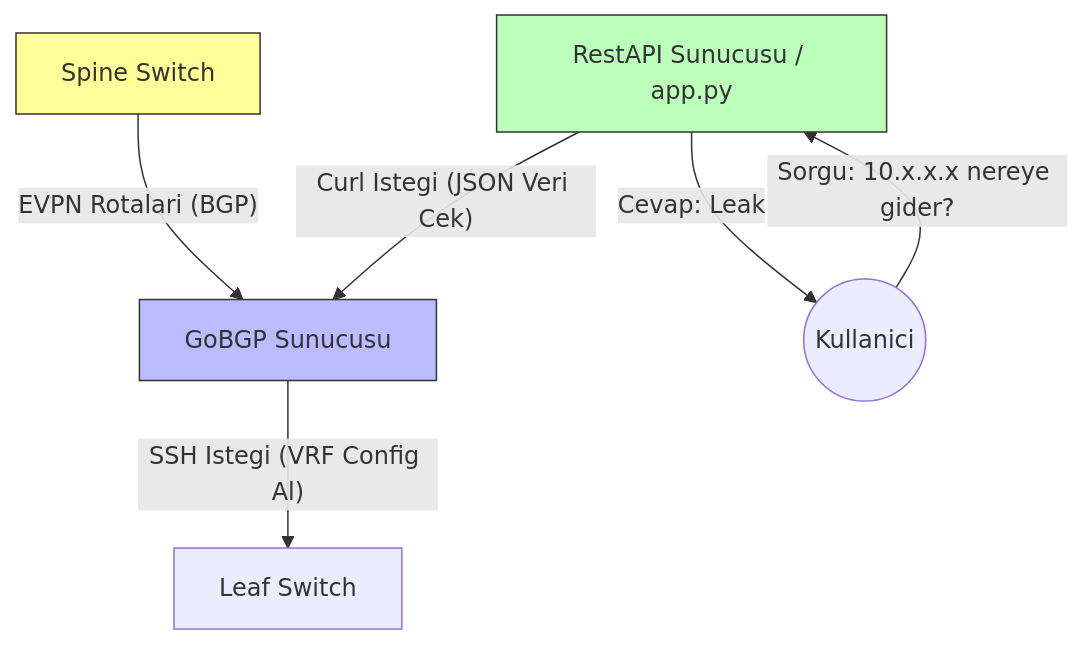
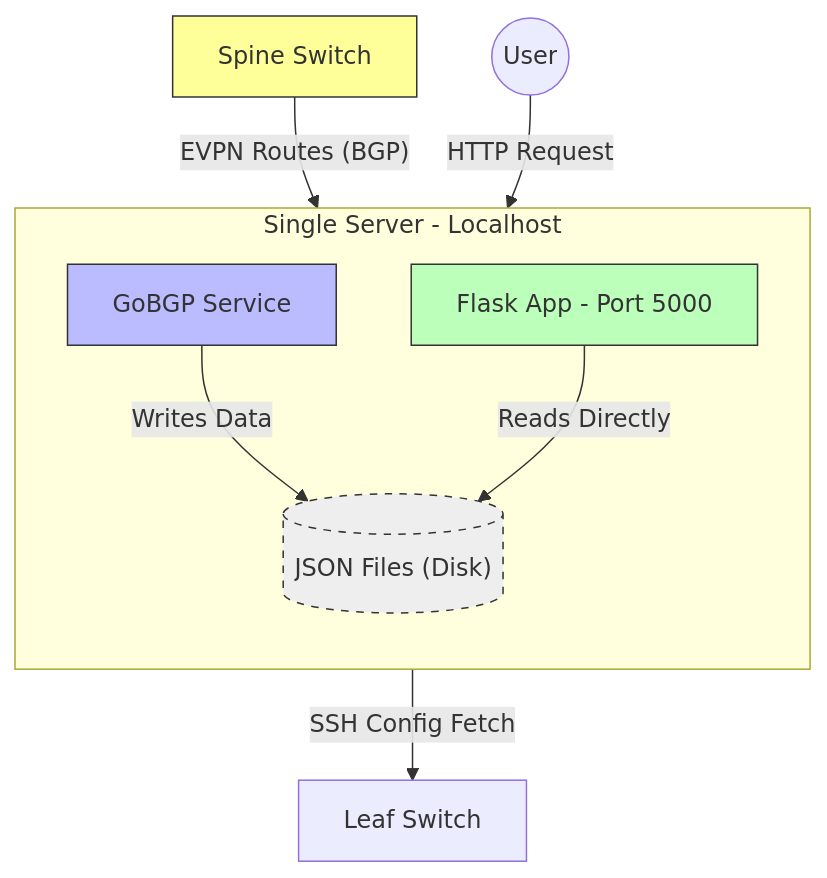
Before and after one commit to onrmdc/bmp-analyzer: the diagram in README.md, drawn with Mermaid. The commit also changed other lines of this file, not shown here.

````diff
--- a/README.md
+++ b/README.md
@@ -19,23 +9,30 @@
 ```mermaid
 graph TD
-    %% Bilesenler
+    %% Components
     Spine[Spine Switch]
     Leaf[Leaf Switch]
-    GoBGP[GoBGP Sunucusu]
-    RestAPI[RestAPI Sunucusu / app.py]
-    User((Kullanici))
+    User((User))
 
-    %% Baglantilar
-    Spine -- EVPN Rotalari (BGP) --> GoBGP
-    GoBGP -- SSH Istegi (VRF Config Al) --> Leaf
-    
-    RestAPI -- Curl Istegi (JSON Veri Cek) --> GoBGP
-    
-    User -- Sorgu: 10.x.x.x nereye gider? --> RestAPI
-    RestAPI -- Cevap: Leak --> User
+    %% SINGLE NODE BLOCK
+    subgraph SingleNode ["Single Server - Localhost"]
+        direction TB
+        GoBGP[GoBGP Service]
+        Disk[("JSON Files (Disk)")]
+        App[Flask App - Port 5000]
+    end
 
-    %% Renklendirme
+    %% Connections
+    Spine -- "EVPN Routes (BGP)" --> GoBGP
+    App -- "SSH Config Fetch" --> Leaf
+    User -- "HTTP Request" --> App
+
+    %% Direct I/O Logic
+    GoBGP -- "Writes Data" --> Disk
+    App -- "Reads Directly" --> Disk
+
+    %% Styles
     style Spine fill:#ff9,stroke:#333
     style GoBGP fill:#bbf,stroke:#333
-    style RestAPI fill:#bfb,stroke:#333
+    style App fill:#bfb,stroke:#333
+    style Disk fill:#eee,stroke:#333,stroke-dasharray: 5 5
 ```
````
